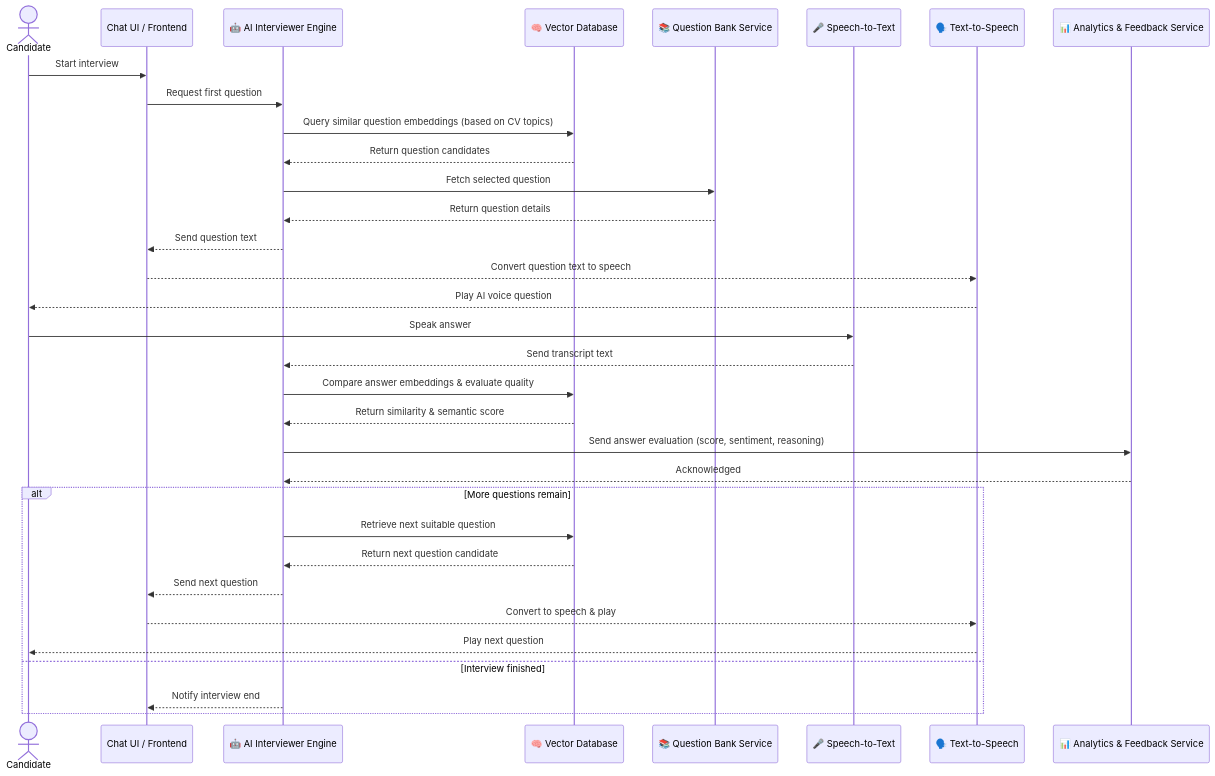
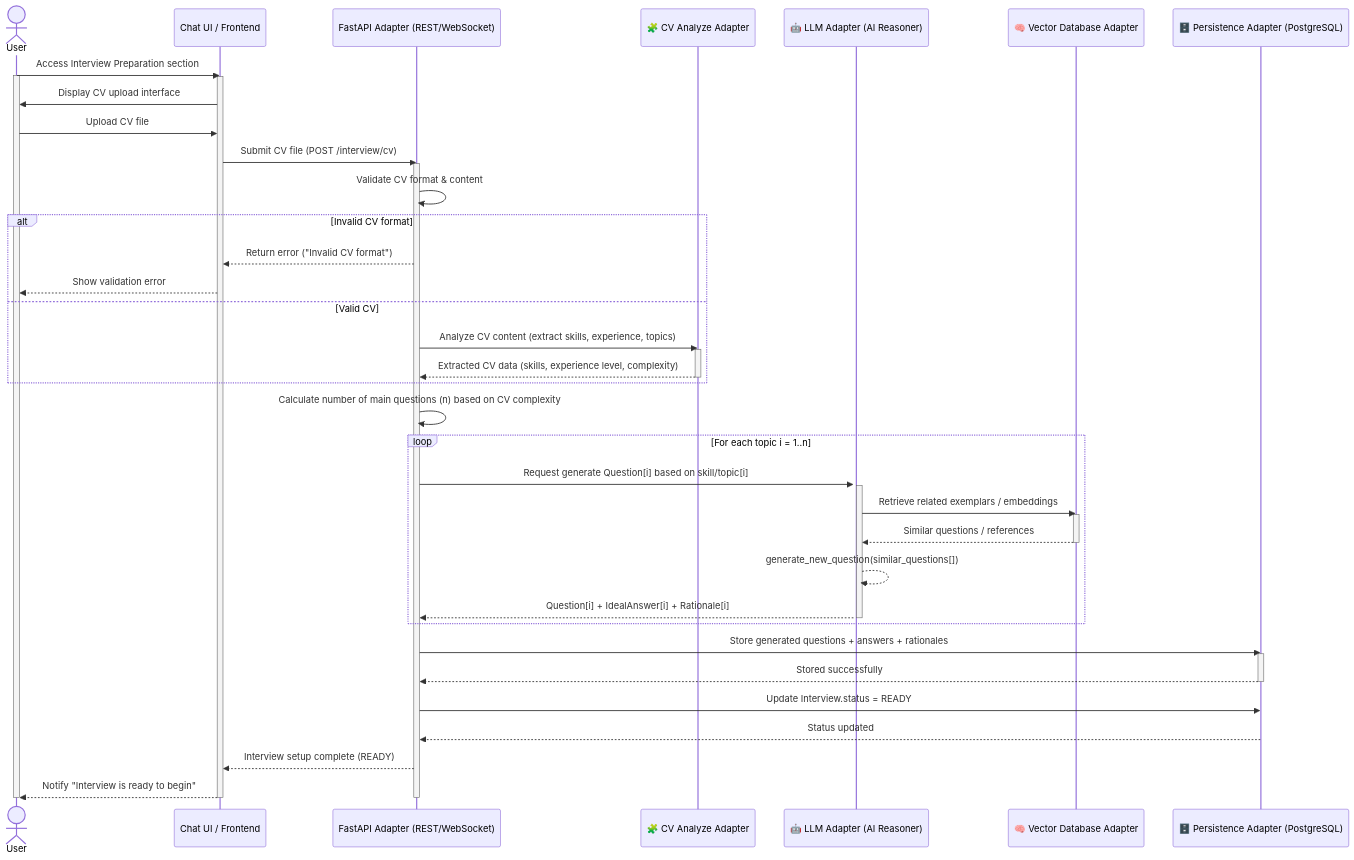
One commit to AIA-11-HN-MIB/.github changed the diagram in profile/README.md. Above: the diagram before and after it, drawn with Mermaid. The commit also changed other lines of this file, not shown here.

````diff
--- a/profile/README.md
+++ b/profile/README.md
@@ -44,41 +2,67 @@
 ```mermaid
 sequenceDiagram
-    actor Candidate
+    actor User
     participant ChatUI as Chat UI / Frontend
-    participant AIEngine as 🤖 AI Interviewer Engine
-    participant VectorDB as 🧠 Vector Database
-    participant QBank as 📚 Question Bank Service
-    participant STT as 🎤 Speech-to-Text
-    participant TTS as 🗣️ Text-to-Speech
-    participant Analytics as 📊 Analytics & Feedback Service
+    participant API as FastAPI Adapter (REST/WebSocket)
+    participant CVAnalyzer as 🧩 CV Analyze Adapter
+    participant LLM as 🤖 LLM Adapter (AI Reasoner)
+    participant VectorDB as 🧠 Vector Database Adapter
+    participant DB as 🗄️ Persistence Adapter (PostgreSQL)
 
-    %% --- Start Interview ---
-    Candidate->>ChatUI: Start interview
-    ChatUI->>AIEngine: Request first question
-    AIEngine->>VectorDB: Query similar question embeddings (based on CV topics)
-    VectorDB-->>AIEngine: Return question candidates
-    AIEngine->>QBank: Fetch selected question
-    QBank-->>AIEngine: Return question details
-    AIEngine-->>ChatUI: Send question text
-    ChatUI-->>TTS: Convert question text to speech
-    TTS-->>Candidate: Play AI voice question
+    %% Step 1: User submits CV
+    User->>ChatUI: Access Interview Preparation section
+    activate User
+    activate ChatUI
+    ChatUI->>User: Display CV upload interface
 
-    %% --- Candidate answers ---
-    Candidate->>STT: Speak answer
-    STT-->>AIEngine: Send transcript text
-    AIEngine->>VectorDB: Compare answer embeddings & evaluate quality
-    VectorDB-->>AIEngine: Return similarity & semantic score
-    AIEngine->>Analytics: Send answer evaluation (score, sentiment, reasoning)
-    Analytics-->>AIEngine: Acknowledged
+    User->>ChatUI: Upload CV file
+    ChatUI->>API: Submit CV file (POST /interview/cv)
+    activate API
 
-    alt More questions remain
-        AIEngine->>VectorDB: Retrieve next suitable question
-        VectorDB-->>AIEngine: Return next question candidate
-        AIEngine-->>ChatUI: Send next question
-        ChatUI-->>TTS: Convert to speech & play
-        TTS-->>Candidate: Play next question
-    else Interview finished
-        AIEngine-->>ChatUI: Notify interview end
+    %% Step 2: Validate CV
+    API->>API: Validate CV format & content
+    alt Invalid CV format
+        API-->>ChatUI: Return error ("Invalid CV format")
+        ChatUI-->>User: Show validation error
+    else Valid CV
+        API->>CVAnalyzer: Analyze CV content (extract skills, experience, topics)
+        activate CVAnalyzer
+        CVAnalyzer-->>API: Extracted CV data (skills, experience level, complexity)
+        deactivate CVAnalyzer
     end
 
+    %% Step 3: Determine complexity & question count
+    API->>API: Calculate number of main questions (n) based on CV complexity
+    
+    %% Step 4: Generate questions
+    loop For each topic i = 1..n
+        activate LLM
+        API->>LLM: Request generate Question[i] based on skill/topic[i]
+        activate LLM
+        LLM->>VectorDB: Retrieve related exemplars / embeddings
+        activate VectorDB
+        VectorDB-->>LLM: Similar questions / references
+        deactivate VectorDB
+        LLM-->>LLM: generate_new_question(similar_questions[])
+        LLM-->>API: Question[i] + IdealAnswer[i] + Rationale[i]
+        deactivate LLM
+    end
+
+    %% Step 5: Persist results
+    API->>DB: Store generated questions + answers + rationales
+    activate DB
+    DB-->>API: Stored successfully
+    deactivate DB
+
+    %% Step 6: Update interview status
+    API->>DB: Update Interview.status = READY
+    DB-->>API: Status updated
+
+    %% Step 7: Notify user
+    API-->>ChatUI: Interview setup complete (READY)
+    ChatUI-->>User: Notify "Interview is ready to begin"
+    deactivate API
+    deactivate ChatUI
+    deactivate User
+
 ```
````
